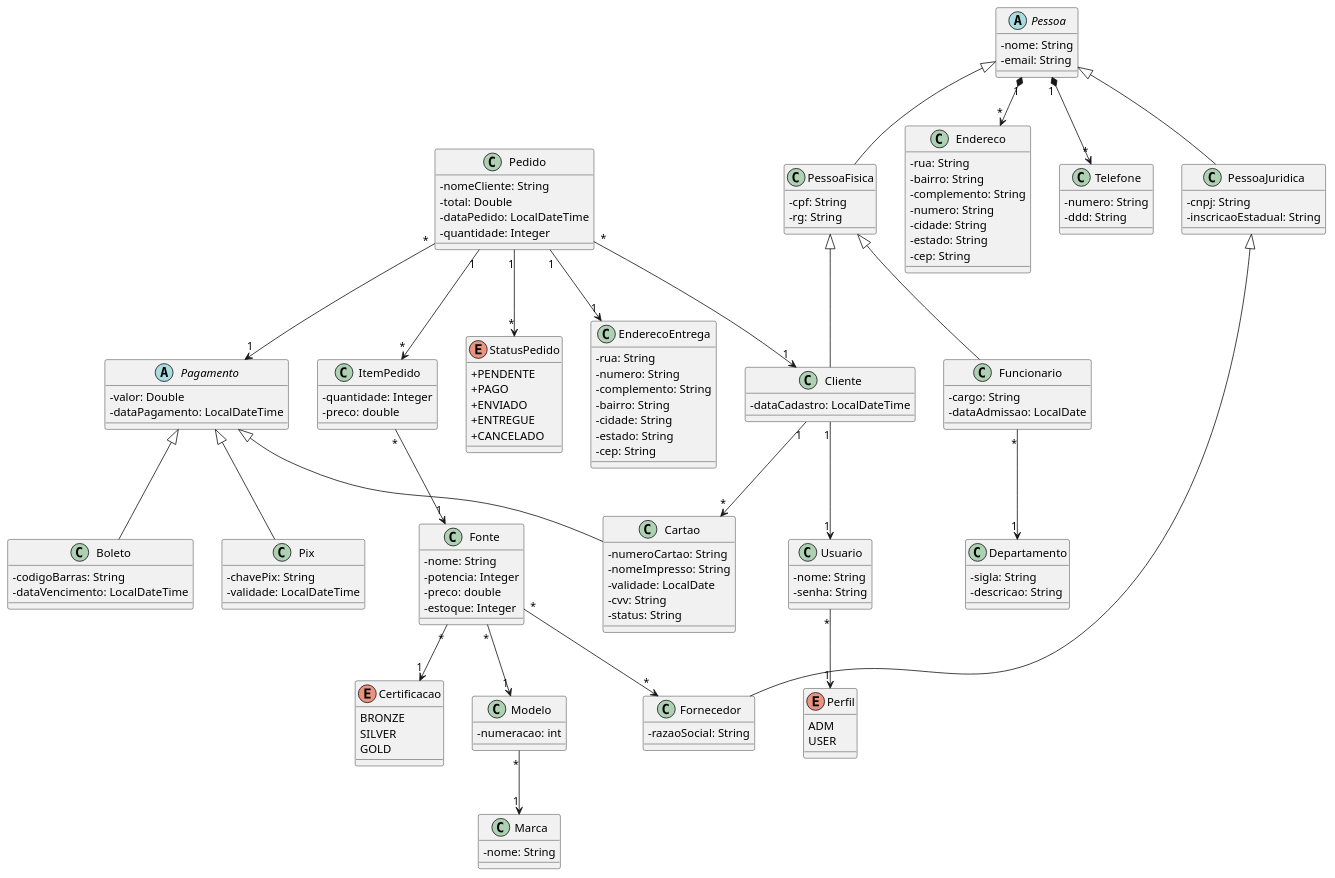
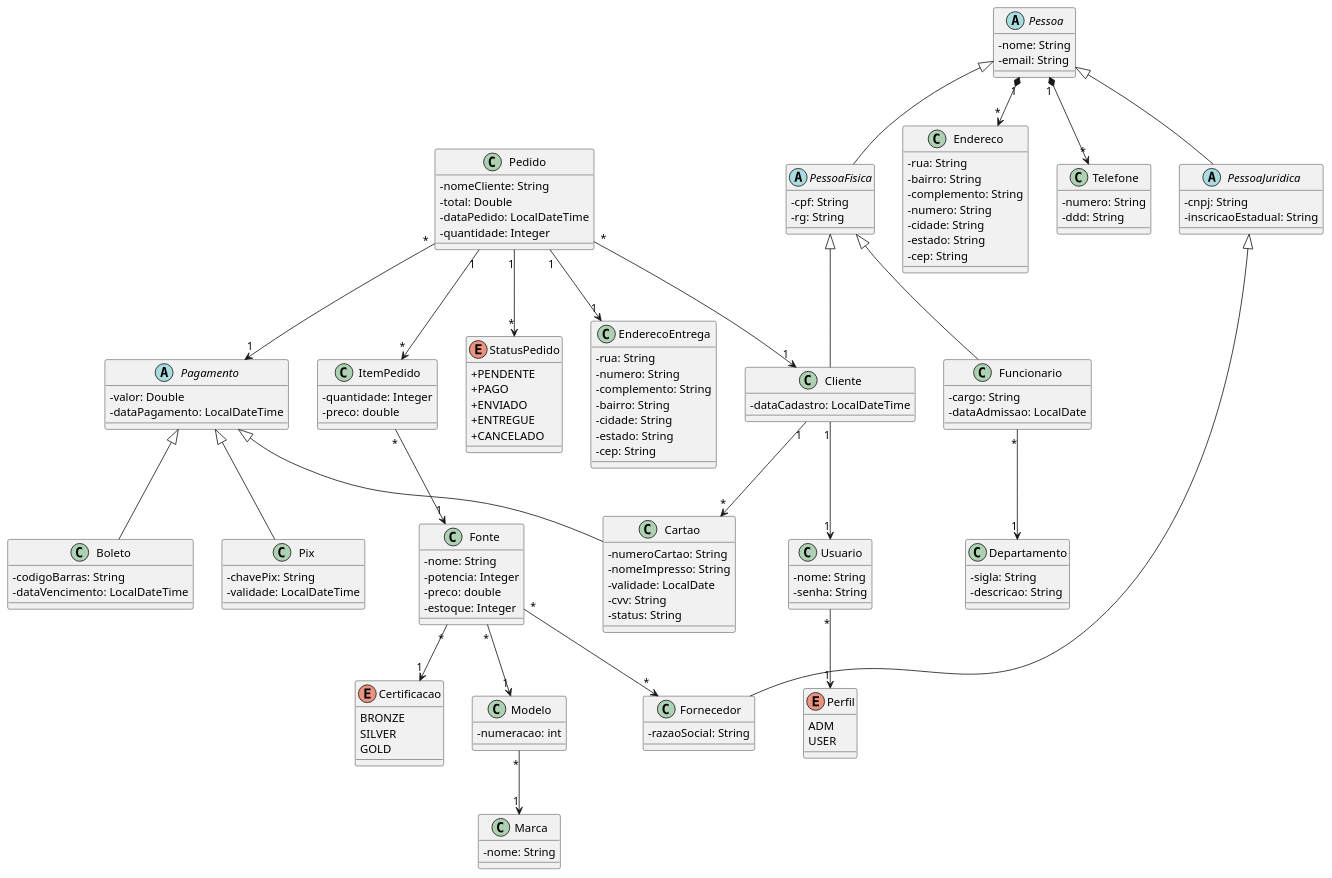
One commit to BielGG9/fontestp1 changed the diagram in src/main/resources/UML.puml. Above: the diagram before and after it, drawn with PlantUML. The commit also changed 8 other files, not shown here.

```diff
--- a/src/main/resources/UML.puml
+++ b/src/main/resources/UML.puml
@@ -1,166 +1,166 @@
 @startuml
 
 skinparam classAttributeIconSize 0
 
-class PessoaFisica extends Pessoa {
+abstract PessoaFisica extends Pessoa {
   -cpf: String
   -rg: String
 }
 
-class PessoaJuridica extends Pessoa {
+abstract PessoaJuridica extends Pessoa {
   -cnpj: String
   -inscricaoEstadual: String
 }
 
 abstract class Pessoa {
   -nome: String
   -email: String
 }
 
 class Cliente extends PessoaFisica {
   -dataCadastro: LocalDateTime
 }
 
 class Endereco {
   -rua: String
   -bairro: String
   -complemento: String
   -numero: String
   -cidade: String
   -estado: String
   -cep: String
 }
 
 class Telefone {
   -numero: String
   -ddd: String
 }
 
 Class Departamento {
   -sigla: String
   -descricao: String
 }
 
 class Funcionario extends PessoaFisica {
   -cargo: String
   -dataAdmissao: LocalDate
 }
 
 class Fornecedor extends PessoaJuridica {
   -razaoSocial: String
 }
 
 class Usuario {
   -nome: String
   -senha: String
 }
 
 Enum Perfil {
   ADM
   USER
 }
 
 class Pedido {
   -nomeCliente: String
   -total: Double
   -dataPedido: LocalDateTime
   -quantidade: Integer
 }
 
 Class EnderecoEntrega {
   -rua: String
   -numero: String
   -complemento: String
   -bairro: String
   -cidade: String
   -estado: String
   -cep: String
 }
 
 abstract Pagamento {
   -valor: Double
   -dataPagamento: LocalDateTime
 }
 
 class Pix extends Pagamento {
   -chavePix: String
   -validade: LocalDateTime
 }
 
 class Boleto extends Pagamento {
   -codigoBarras: String
   -dataVencimento: LocalDateTime
 }
 
 class Cartao extends Pagamento {
   -numeroCartao: String
   -nomeImpresso: String
   -validade: LocalDate
   -cvv: String
   -status: String
 }
 
 class ItemPedido {
   -quantidade: Integer
   -preco: double
 }
 
 class Fonte {
   -nome: String
   -potencia: Integer
   -preco: double
   -estoque: Integer
 }
 
 class Marca {
   -nome: String
 }
 
 enum Certificacao {
   BRONZE
   SILVER
   GOLD
 }
 
 class Modelo {
   -numeracao: int
 }
 
 
 Enum StatusPedido {
   + PENDENTE
   + PAGO 
   + ENVIADO 
   + ENTREGUE 
   + CANCELADO
 
 }
 
 ' --- RELACIONAMENTOS ---
 
 Pessoa "1" *--> "*" Endereco
 Pessoa "1" *--> "*" Telefone
 
 Funcionario "*" --> "1" Departamento
 
 Pedido "*" --> "1" Cliente
 Pedido "1" --> "*" ItemPedido
 Pedido "*" --> "1" Pagamento
 Pedido "1" --> "*" StatusPedido
 Pedido "1" --> "1" EnderecoEntrega
 
 Cliente "1" --> "1" Usuario
 
 Cliente "1" --> "*" Cartao
 
 Usuario "*" --> "1" Perfil
 
 ItemPedido "*" --> "1" Fonte
 
 Fonte "*" --> "1" Modelo
 Fonte "*" --> "*" Fornecedor
 Fonte "*" --> "1" Certificacao
 
 Modelo "*" --> "1" Marca
 
 @enduml
```
